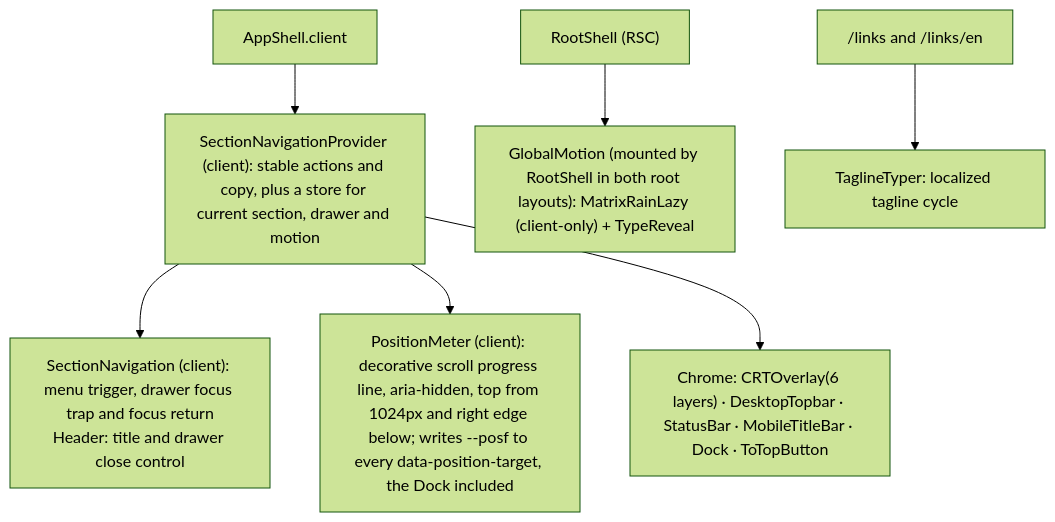
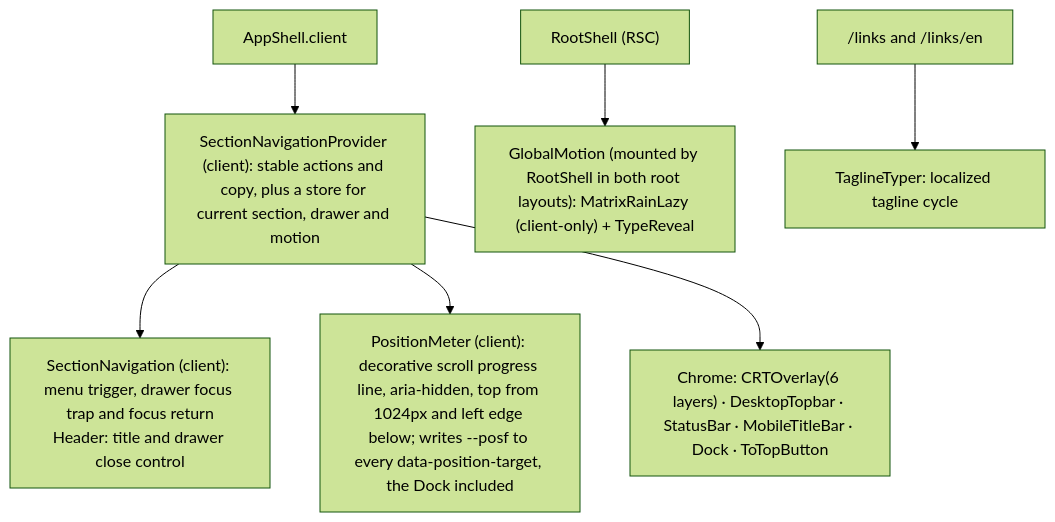
The second of 5 diagrams in docs/04-components-and-state.md (erikunha/portfolio), drawn with Mermaid (forest theme) before and after one commit. The commit also changed 6 other files, not shown here.

First line of the commit message:
fix(nav): run the phone and tablet position line down the left edge

````diff
--- a/docs/04-components-and-state.md
+++ b/docs/04-components-and-state.md
@@ -68,9 +68,9 @@
 ```mermaid
 flowchart TD
     shell["AppShell.client"] --> navigation["SectionNavigationProvider (client): stable actions and copy, plus a store for current section, drawer and motion"]
     navigation --> rail["SectionNavigation (client): menu trigger, drawer focus trap and focus return<br/>Header: title and drawer close control"]
-    navigation --> position["PositionMeter (client): decorative scroll progress line, aria-hidden, top from 1024px and right edge below; writes --posf to every data-position-target, the Dock included"]
+    navigation --> position["PositionMeter (client): decorative scroll progress line, aria-hidden, top from 1024px and left edge below; writes --posf to every data-position-target, the Dock included"]
     navigation --> chrome["Chrome: CRTOverlay(6 layers) · DesktopTopbar · StatusBar · MobileTitleBar · Dock · ToTopButton"]
     rootshell["RootShell (RSC)"] --> gm["GlobalMotion (mounted by RootShell in both root layouts): MatrixRainLazy (client-only) + TypeReveal"]
     links["/links and /links/en"] --> tagline["TaglineTyper: localized tagline cycle"]
 ```
````
